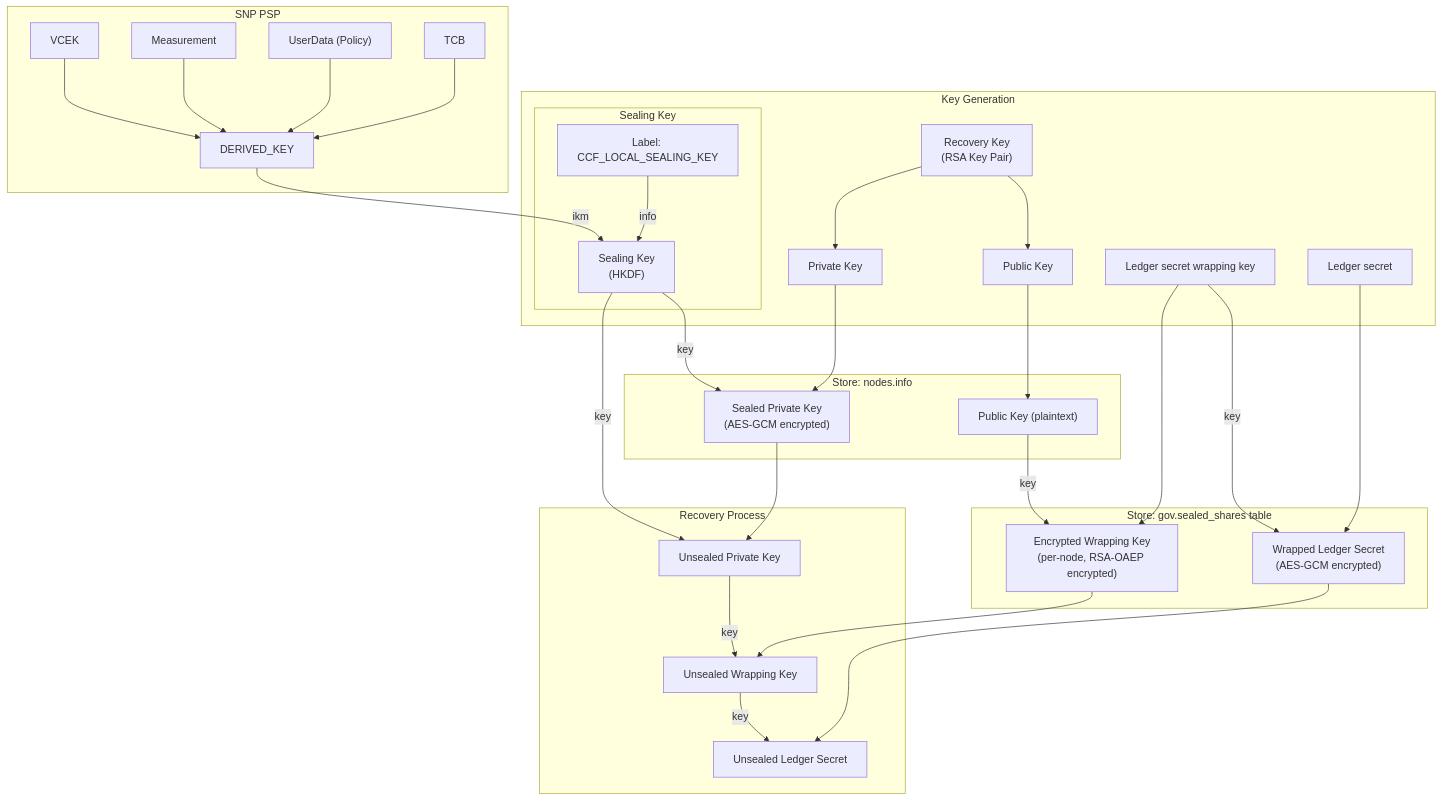
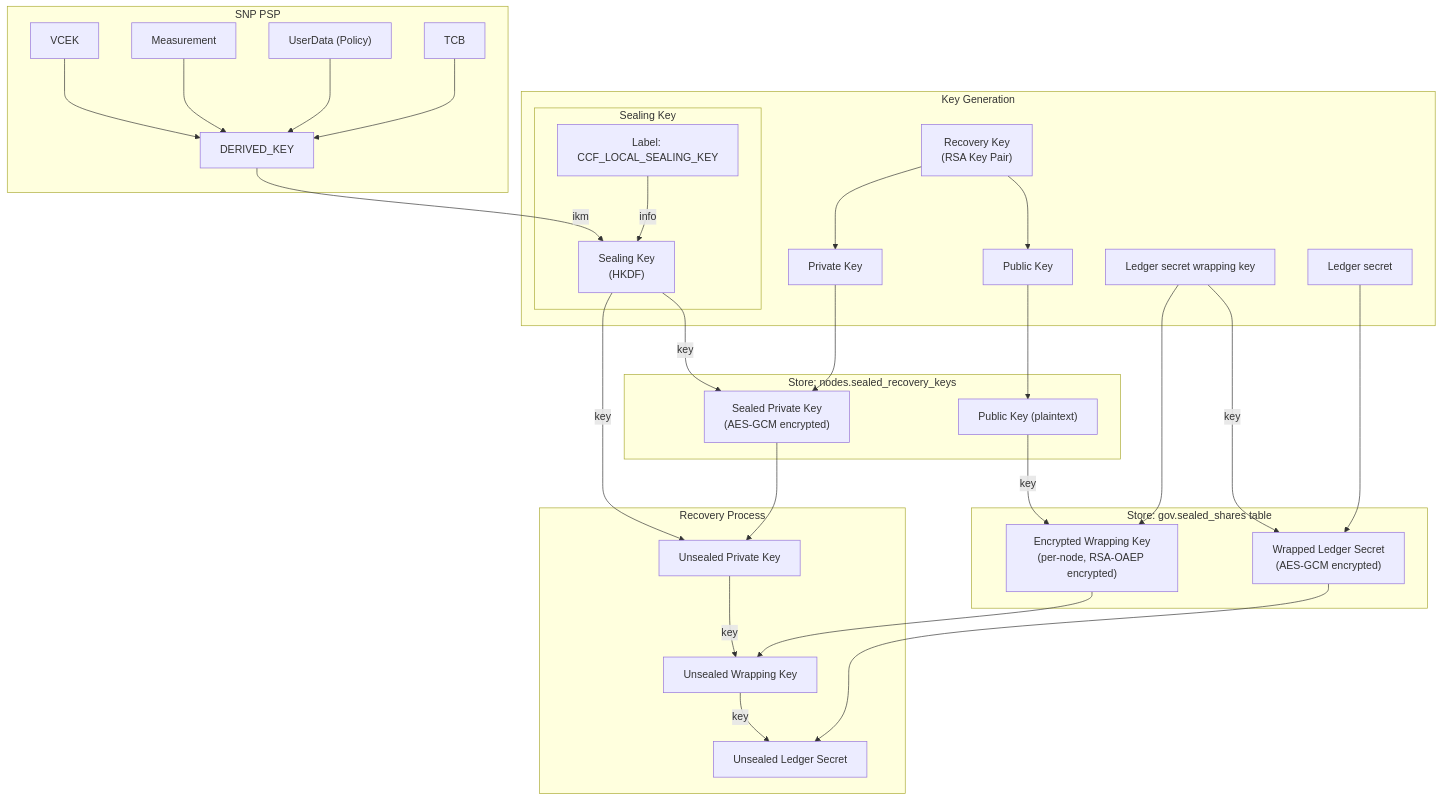
Before and after one commit to microsoft/CCF: the fourth of 6 diagrams in doc/operations/recovery.rst, drawn with Mermaid. The commit also changed other lines of this file and 6 other files, not shown here.

Commit message:
Move sealed recovery keys to their own table rather than being in nodes.info

```diff
--- a/doc/operations/recovery.rst
+++ b/doc/operations/recovery.rst
@@ -134,67 +134,67 @@
 .. mermaid::
 
     flowchart TB
         subgraph SNP["SNP PSP"]
             DK["DERIVED_KEY"]
             VCEK
             Measurement
             Policy["UserData (Policy)"]
             TCB
 
             VCEK --> DK
             Measurement --> DK
             Policy --> DK            
             TCB --> DK
         end
 
         subgraph KG["Key Generation"]
             subgraph Sealing Key
                 SK["Sealing Key<br/>(HKDF)"]
                 Label["Label: <br/>CCF_LOCAL_SEALING_KEY"]
                 DK -->|ikm| SK
                 Label -->|info| SK
             end
             
             RSA["Recovery Key<br/>(RSA Key Pair)"]
             PubKey["Public Key"]
             PrivKey["Private Key"]
             RSA --> PubKey
             RSA --> PrivKey
 
             LS["Ledger secret"]
             LSWK["Ledger secret wrapping key"]
         end
 
-        subgraph Sealed["Store: nodes.info"]
+        subgraph Sealed["Store: nodes.sealed_recovery_keys"]
             SPK["Sealed Private Key<br/>(AES-GCM encrypted)"]
             SK -->|key| SPK
             PrivKey --> SPK
 
             StoredPubKey["Public Key (plaintext)"]
             PubKey --> StoredPubKey
         end
 
 
         subgraph Shares["Store: gov.sealed_shares table"]
             WLS["Wrapped Ledger Secret<br/>(AES-GCM encrypted)"]
             LSWK -->|key| WLS
             LS --> WLS
 
             EWK["Encrypted Wrapping Key<br/>(per-node, RSA-OAEP encrypted)"]
             StoredPubKey -->|key| EWK
             LSWK --> EWK
         end
 
         subgraph Recovery["Recovery Process"]
             UPK["Unsealed Private Key"]
             SK -->|key| UPK
             SPK --> UPK
 
             UWK["Unsealed Wrapping Key"]
             UPK -->|key| UWK
             EWK --> UWK
 
             ULS["Unsealed Ledger Secret"]
             UWK -->|key| ULS
             WLS --> ULS            
         end
```
